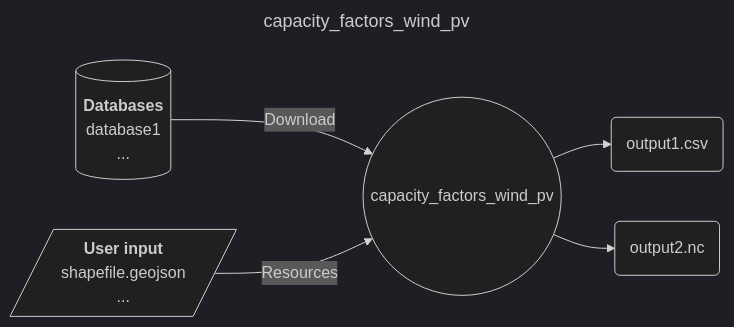
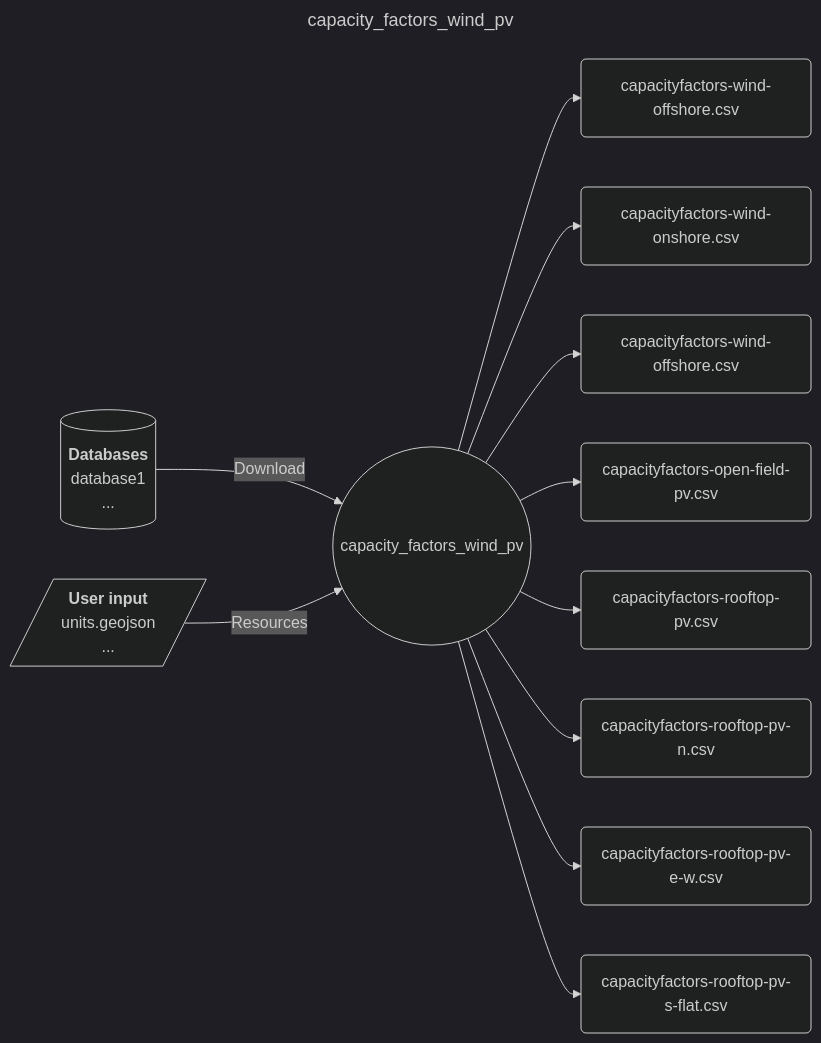
One commit to calliope-project/ec_modules changed the diagram in modules/capacity_factors_wind_pv/README.md. Above: the diagram before and after it, drawn with Mermaid (dark theme).

Commit message:
Adapt IO diagram

````diff
--- a/modules/capacity_factors_wind_pv/README.md
+++ b/modules/capacity_factors_wind_pv/README.md
@@ -9,20 +9,38 @@
 ```mermaid
 ---
 title: capacity_factors_wind_pv
 ---
 flowchart LR
     D1[("`**Databases**
         database1
         ...
     `")] --> |Download| M
     C1[/"`**User input**
-        shapefile.geojson
+        units.geojson
         ...
     `"/] --> |Resources| M((capacity_factors_wind_pv))
     M --> O1("
-        output1.csv
+        capacityfactors-wind-offshore.csv
         ")
     M --> O2("
-        output2.nc
+        capacityfactors-wind-onshore.csv
         ")
+    M --> O3("
+        capacityfactors-wind-offshore.csv
+    ")
+    M --> O4("
+        capacityfactors-open-field-pv.csv
+    ")
+    M --> O5("
+        capacityfactors-rooftop-pv.csv
+    ")
+    M --> O6("
+        capacityfactors-rooftop-pv-n.csv
+    ")
+    M --> O7("
+        capacityfactors-rooftop-pv-e-w.csv
+    ")
+    M --> O8("
+        capacityfactors-rooftop-pv-s-flat.csv
+    ")
 ```
````
